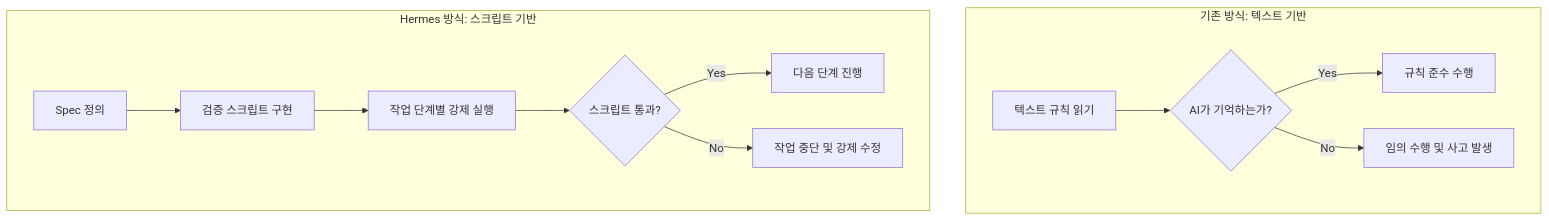
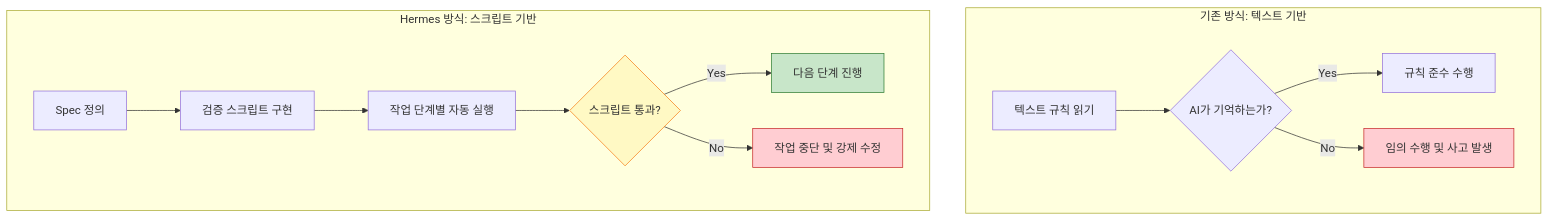
One commit to pheanor-agent/p-hermes changed the diagram in docs/blog/posts/structural-enforcement.md. Above: the diagram before and after it, drawn with Mermaid. The commit also changed other lines of this file and 14 other files, not shown here.

````diff
--- a/docs/blog/posts/structural-enforcement.md
+++ b/docs/blog/posts/structural-enforcement.md
@@ -51,16 +153,21 @@
 ```mermaid
 graph TD
     subgraph Old [기존 방식: 텍스트 기반]
         T1[텍스트 규칙 읽기] --> T2{AI가 기억하는가?}
         T2 -->|Yes| T3[규칙 준수 수행]
         T2 -->|No| T4[임의 수행 및 사고 발생]
     end
 
     subgraph New [Hermes 방식: 스크립트 기반]
         S1[Spec 정의] --> S2[검증 스크립트 구현]
-        S2 --> S3[작업 단계별 강제 실행]
+        S2 --> S3[작업 단계별 자동 실행]
         S3 --> S4{스크립트 통과?}
         S4 -->|Yes| S5[다음 단계 진행]
         S4 -->|No| S6[작업 중단 및 강제 수정]
     end
+
+    style T4 fill:#ffcdd2,stroke:#c62828
+    style S4 fill:#fff9c4,stroke:#f57f17
+    style S5 fill:#c8e6c9,stroke:#2e7d32
+    style S6 fill:#ffcdd2,stroke:#c62828
 ```
````
